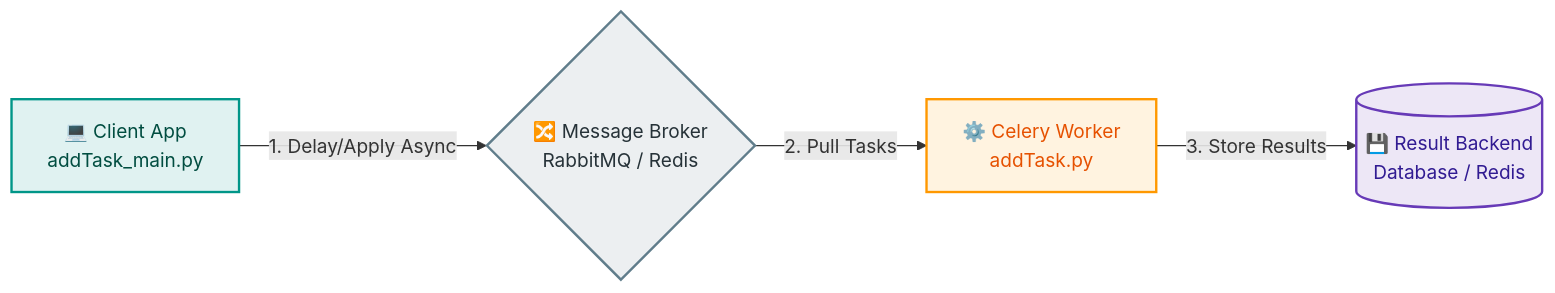
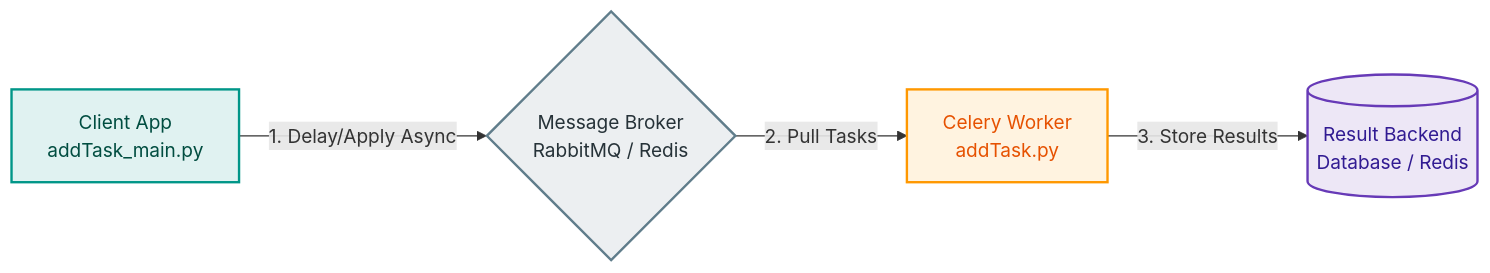
One commit to RameenAnwar/PDC-SP26-SE changed the sixth of 8 diagrams in Muhammad-Affan-23FA-003-SE/Chapter06/README.md. Above: the diagram before and after it, drawn with Mermaid. The commit also changed other lines of this file, not shown here.

````diff
--- a/Muhammad-Affan-23FA-003-SE/Chapter06/README.md
+++ b/Muhammad-Affan-23FA-003-SE/Chapter06/README.md
@@ -207,16 +207,16 @@
 ```mermaid
 graph LR
     classDef clientClass fill:#E0F2F1,stroke:#009688,stroke-width:2px,color:#004D40;
     classDef brokerClass fill:#ECEFF1,stroke:#607D8B,stroke-width:2px,color:#263238;
     classDef workerClass fill:#FFF3E0,stroke:#FF9800,stroke-width:2px,color:#E65100;
     classDef backendClass fill:#EDE7F6,stroke:#673AB7,stroke-width:2px,color:#311B92;
 
-    Client[💻 Client App<br/>addTask_main.py] -->|1. Delay/Apply Async| Broker{🔀 Message Broker<br/>RabbitMQ / Redis}
-    Broker -->|2. Pull Tasks| Worker[⚙️ Celery Worker<br/>addTask.py]
-    Worker -->|3. Store Results| Backend[(💾 Result Backend<br/>Database / Redis)]
+    Client[Client App<br/>addTask_main.py] -->|1. Delay/Apply Async| Broker{Message Broker<br/>RabbitMQ / Redis}
+    Broker -->|2. Pull Tasks| Worker[Celery Worker<br/>addTask.py]
+    Worker -->|3. Store Results| Backend[(Result Backend<br/>Database / Redis)]
 
     class Client clientClass;
     class Broker brokerClass;
     class Worker workerClass;
     class Backend backendClass;
 ```
````
